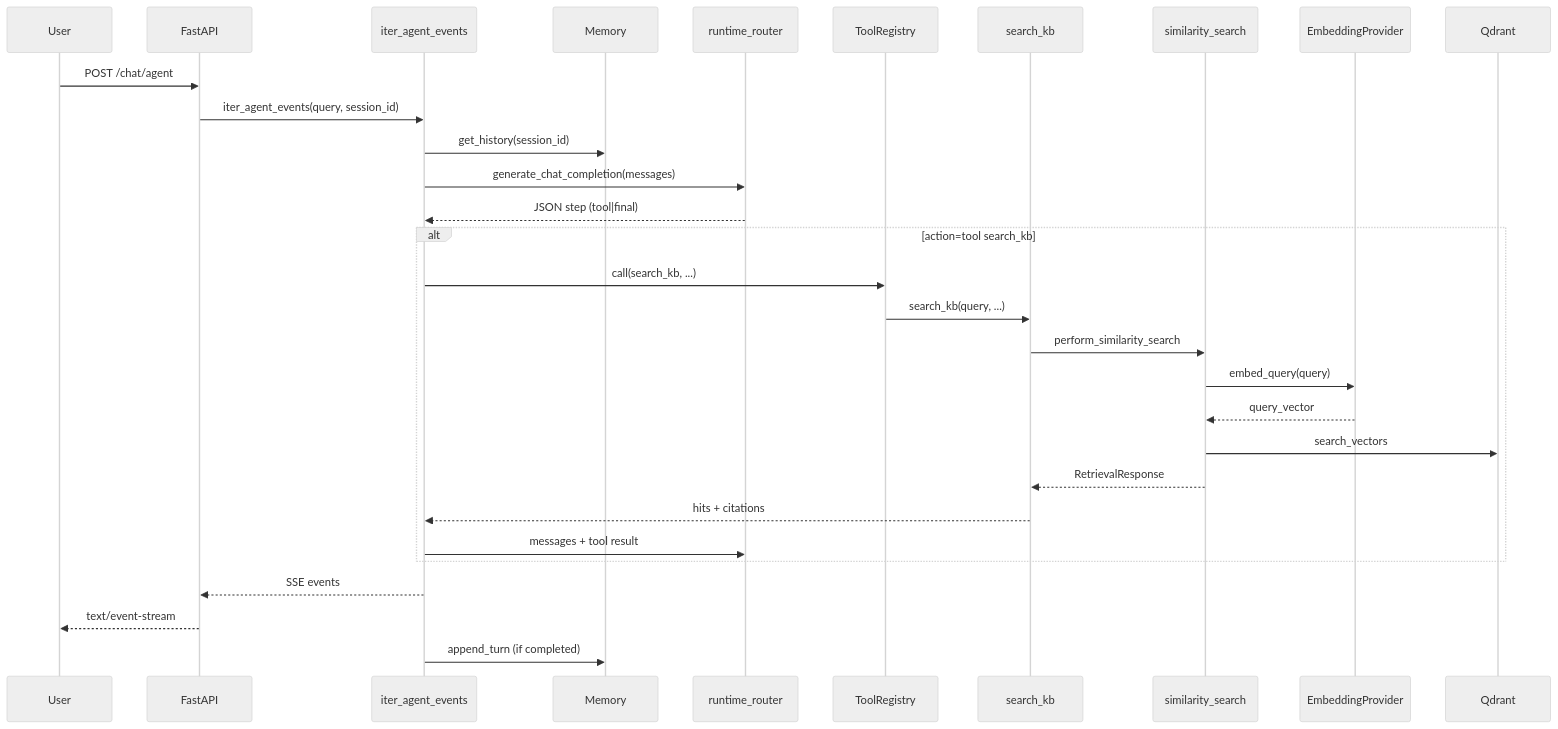
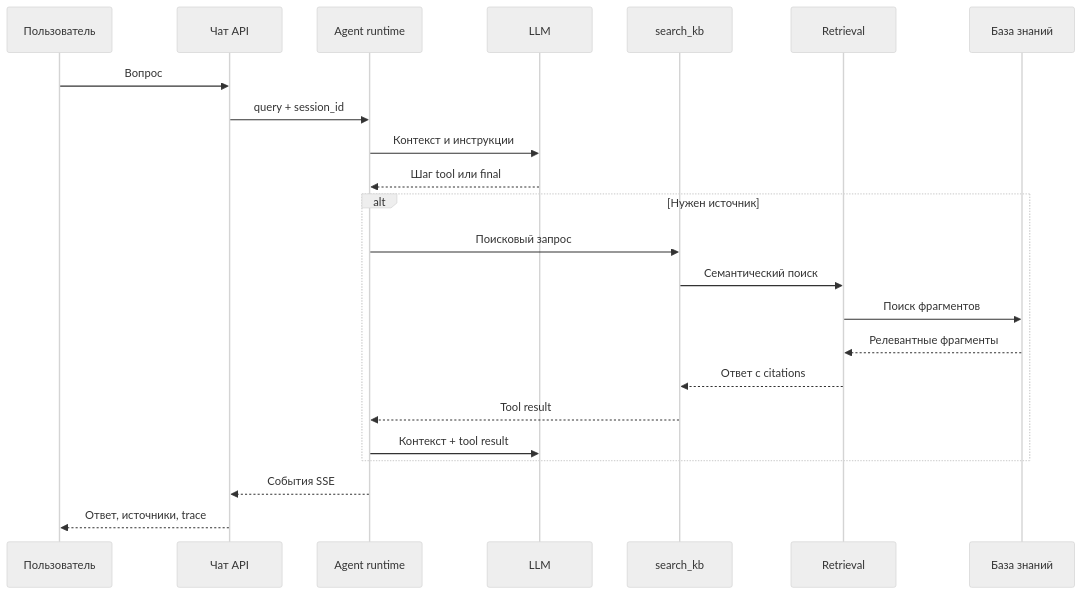
Before and after one commit to Boldurev16/ea-agent-platform-docs: the second of 3 diagrams in docs/generated/03-system-architecture.md, drawn with Mermaid (neutral theme). The commit also changed other lines of this file and 51 other files, not shown here.

````diff
--- a/docs/generated/03-system-architecture.md
+++ b/docs/generated/03-system-architecture.md
@@ -71,33 +65,26 @@
 ```mermaid
 sequenceDiagram
-    participant U as User
-    participant API as FastAPI
-    participant AS as iter_agent_events
-    participant MEM as Memory
-    participant LLM as runtime_router
-    participant TR as ToolRegistry
-    participant SK as search_kb
-    participant SS as similarity_search
-    participant EMB as EmbeddingProvider
-    participant QD as Qdrant
+  participant User as Пользователь
+  participant API as Чат API
+  participant Agent as Agent runtime
+  participant LLM as LLM
+  participant Tool as search_kb
+  participant Retrieval as Retrieval
+  participant KB as База знаний
 
-    U->>API: POST /chat/agent
-    API->>AS: iter_agent_events(query, session_id)
-    AS->>MEM: get_history(session_id)
-    AS->>LLM: generate_chat_completion(messages)
-    LLM-->>AS: JSON step (tool|final)
-    alt action=tool search_kb
-        AS->>TR: call(search_kb, ...)
-        TR->>SK: search_kb(query, ...)
-        SK->>SS: perform_similarity_search
-        SS->>EMB: embed_query(query)
-        EMB-->>SS: query_vector
-        SS->>QD: search_vectors
-        SS-->>SK: RetrievalResponse
-        SK-->>AS: hits + citations
-        AS->>LLM: messages + tool result
-    end
-    AS-->>API: SSE events
-    API-->>U: text/event-stream
-    AS->>MEM: append_turn (if completed)
+  User->>API: Вопрос
+  API->>Agent: query + session_id
+  Agent->>LLM: Контекст и инструкции
+  LLM-->>Agent: Шаг tool или final
+  alt Нужен источник
+    Agent->>Tool: Поисковый запрос
+    Tool->>Retrieval: Семантический поиск
+    Retrieval->>KB: Поиск фрагментов
+    KB-->>Retrieval: Релевантные фрагменты
+    Retrieval-->>Tool: Ответ с citations
+    Tool-->>Agent: Tool result
+    Agent->>LLM: Контекст + tool result
+  end
+  Agent-->>API: События SSE
+  API-->>User: Ответ, источники, trace
 ```
````
